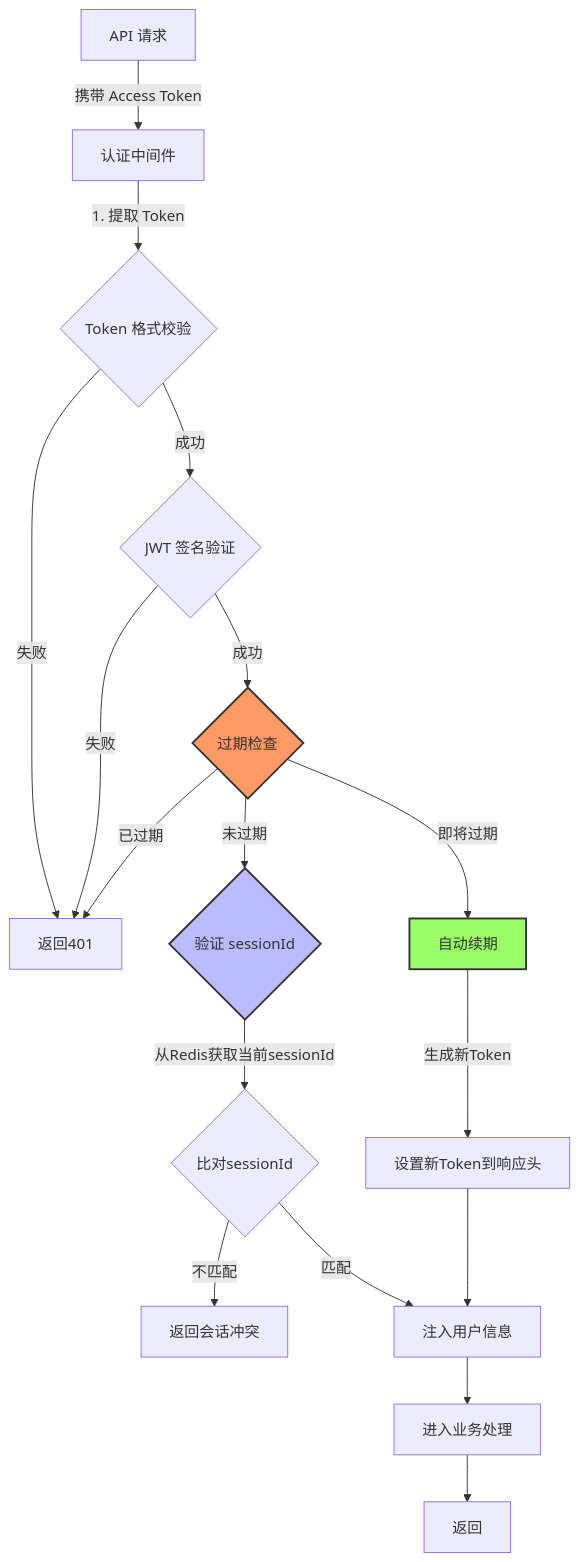
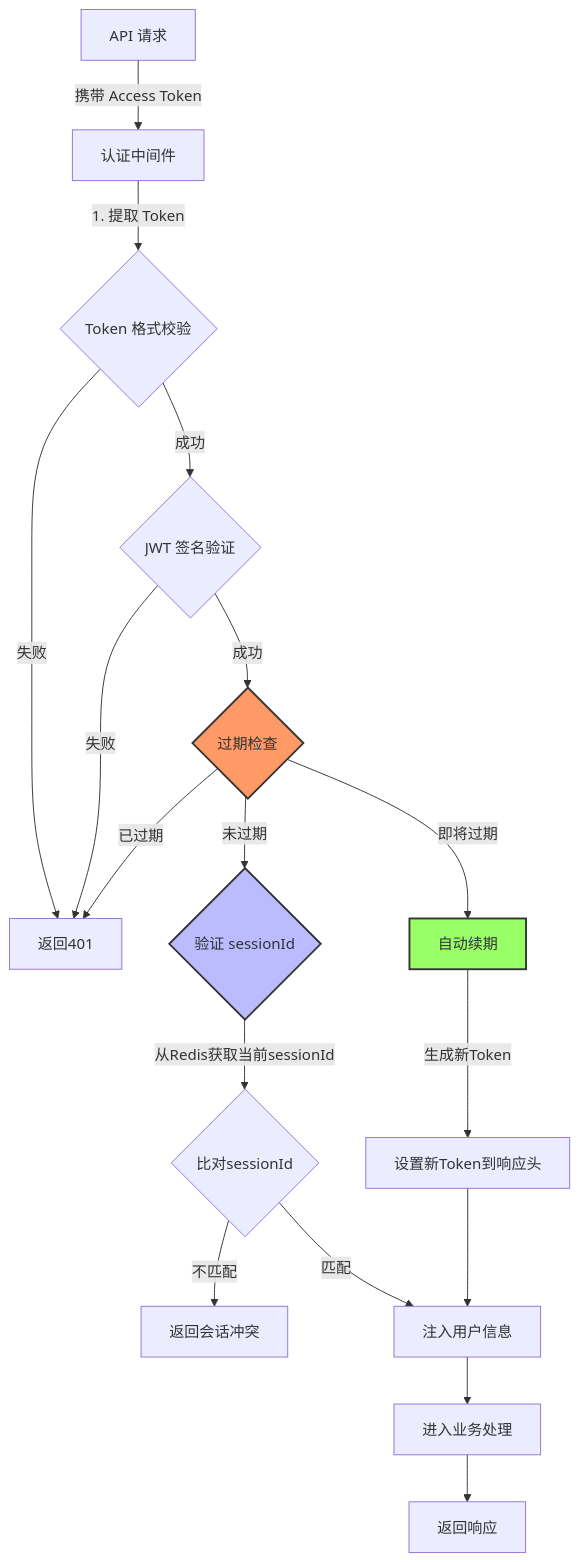
The diagram in all/未命名-12.md (yingjianzh/iodraw-files), drawn with Mermaid before and after one commit.

Commit message:
2025-01-02 16:03:37 update

````diff
--- a/all/未命名-12.md
+++ b/all/未命名-12.md
@@ -1,30 +1,27 @@
 ```mermaid
 flowchart TD
     
     A[API 请求] -->|携带 Access Token| B[认证中间件]
     B -->|1. 提取 Token| C{Token 格式校验}
     C -->|失败| D[返回401]
     C -->|成功| E{JWT 签名验证}
     E -->|失败| D
     E -->|成功| F{过期检查}
     
     F -->|已过期| D
     F -->|即将过期| G[自动续期]
     F -->|未过期| H{验证 sessionId}
     
     H -->|从Redis获取当前sessionId| I{比对sessionId}
     I -->|不匹配| J[返回会话冲突]
     I -->|匹配| K[注入用户信息]
     K --> L[进入业务处理]
-    L --> N[返回]
+    L --> N[返回响应]
     
     G -->|生成新Token| M[设置新Token到响应头]
     M --> K
-    
-
-    
 
     style F fill:#f96,stroke:#333,stroke-width:2px
     style H fill:#bbf,stroke:#333,stroke-width:2px
     style G fill:#9f6,stroke:#333,stroke-width:2px
 ```
````
